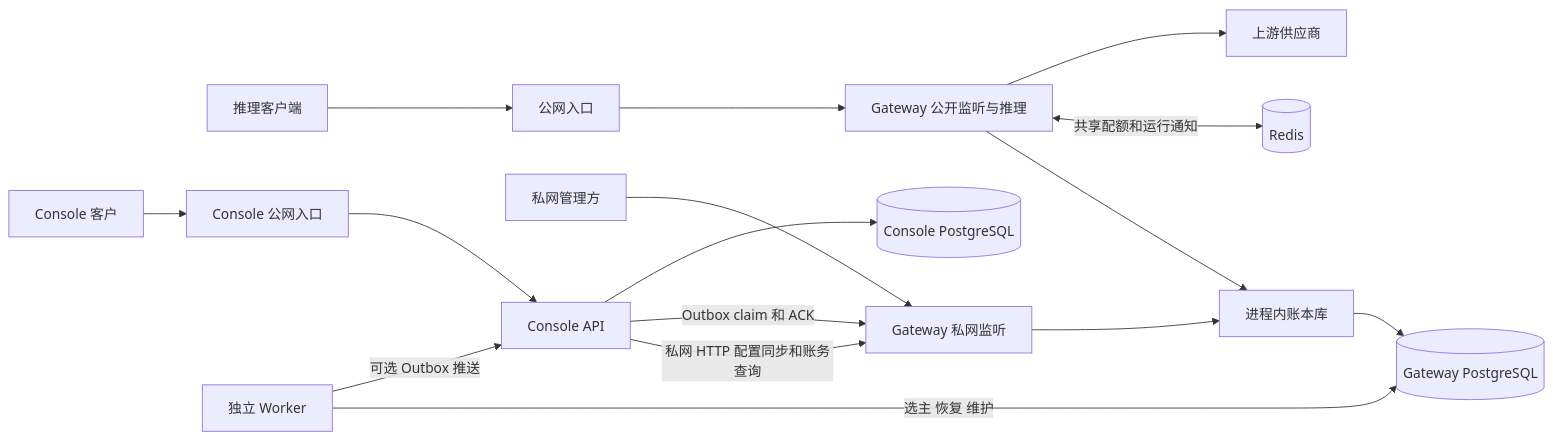
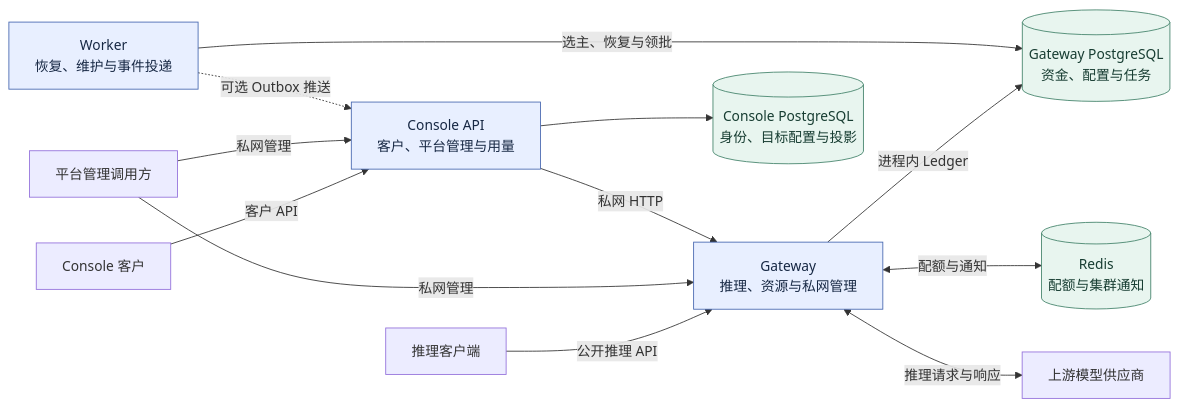
The first of 13 diagrams in diagrams.md (renxqoo/super-token-gateway), drawn with Mermaid before and after one commit. The commit also changed other lines of this file and 95 other files, not shown here.

````diff
--- a/diagrams.md
+++ b/diagrams.md
@@ -5,18 +5,30 @@
 ```mermaid
 flowchart LR
-  Client[推理客户端] --> Entry[公网入口]
-  Customer[Console 客户] --> ConsoleEntry[Console 公网入口]
-  Operator[私网管理方] --> Admin[Gateway 私网监听]
-  Entry --> Gateway[Gateway 公开监听与推理]
-  ConsoleEntry --> Console[Console API]
-  Console -->|私网 HTTP 配置同步和账务查询| Admin
-  Gateway --> Ledger[进程内账本库]
-  Admin --> Ledger
-  Ledger --> GatewayDB[(Gateway PostgreSQL)]
-  Gateway <-->|共享配额和运行通知| Redis[(Redis)]
-  Gateway --> Provider[上游供应商]
-  Worker[独立 Worker] -->|选主 恢复 维护| GatewayDB
-  Worker -->|可选 Outbox 推送| Console
-  Console -->|Outbox claim 和 ACK| Admin
-  Console --> ConsoleDB[(Console PostgreSQL)]
+    InferenceClient["推理客户端"]
+    Customer["Console 客户"]
+    Operator["平台管理调用方"]
+    Gateway["Gateway<br/>推理、资源与私网管理"]
+    Console["Console API<br/>客户、平台管理与用量"]
+    Worker["Worker<br/>恢复、维护与事件投递"]
+    LedgerDB[("Gateway PostgreSQL<br/>资金、配置与任务")]
+    ConsoleDB[("Console PostgreSQL<br/>身份、目标配置与投影")]
+    Redis[("Redis<br/>配额与集群通知")]
+    Providers["上游模型供应商"]
+
+    InferenceClient -->|公开推理 API| Gateway
+    Customer -->|客户 API| Console
+    Operator -->|私网管理| Console
+    Operator -->|私网管理| Gateway
+    Console -->|私网 HTTP| Gateway
+    Gateway -->|进程内 Ledger| LedgerDB
+    Worker -->|选主、恢复与领批| LedgerDB
+    Console --> ConsoleDB
+    Gateway <-->|配额与通知| Redis
+    Gateway <-->|推理请求与响应| Providers
+    Worker -.->|可选 Outbox 推送| Console
+
+    classDef app fill:#e8efff,stroke:#4667b0,color:#172844
+    classDef store fill:#e8f5ef,stroke:#43836b,color:#173d32
+    class Gateway,Console,Worker app
+    class LedgerDB,ConsoleDB,Redis store
 ```
````
